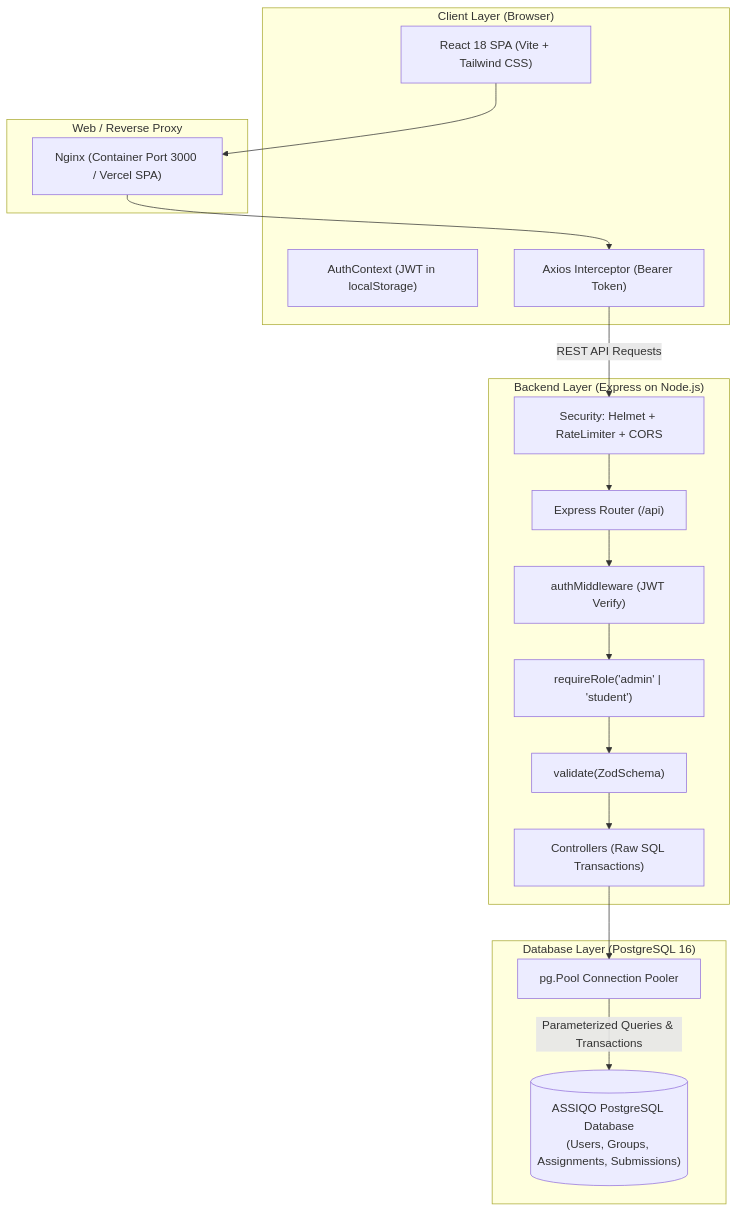
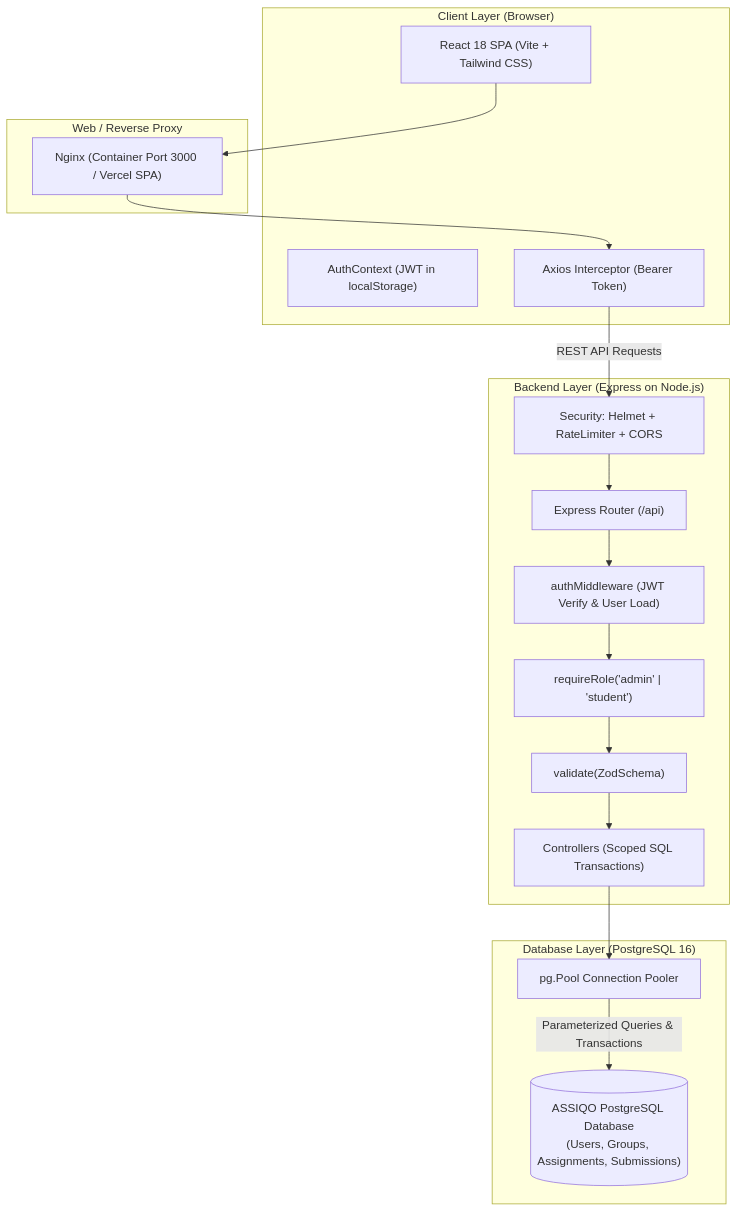
One commit to nakhileship/ASSIQO changed the first of 2 diagrams in README.md. Above: the diagram before and after it, drawn with Mermaid. The commit also changed other lines of this file, not shown here.

````diff
--- a/README.md
+++ b/README.md
@@ -94,37 +108,37 @@
 ```mermaid
 flowchart TD
     subgraph Client ["Client Layer (Browser)"]
         UI["React 18 SPA (Vite + Tailwind CSS)"]
         AuthCtx["AuthContext (JWT in localStorage)"]
         AxiosInt["Axios Interceptor (Bearer Token)"]
     end
 
     subgraph ReverseProxy ["Web / Reverse Proxy"]
         Nginx["Nginx (Container Port 3000 / Vercel SPA)"]
     end
 
     subgraph BackendAPI ["Backend Layer (Express on Node.js)"]
         SecMiddleware["Security: Helmet + RateLimiter + CORS"]
         Router["Express Router (/api)"]
-        AuthMiddleware["authMiddleware (JWT Verify)"]
+        AuthMiddleware["authMiddleware (JWT Verify & User Load)"]
         RoleMiddleware["requireRole('admin' | 'student')"]
         ZodValidator["validate(ZodSchema)"]
-        Controllers["Controllers (Raw SQL Transactions)"]
+        Controllers["Controllers (Scoped SQL Transactions)"]
     end
 
     subgraph DataStore ["Database Layer (PostgreSQL 16)"]
         Pool["pg.Pool Connection Pooler"]
         PostgresDB[("ASSIQO PostgreSQL Database\n(Users, Groups, Assignments, Submissions)")]
     end
 
     UI --> Nginx
     Nginx --> AxiosInt
     AxiosInt -->|REST API Requests| SecMiddleware
     SecMiddleware --> Router
     Router --> AuthMiddleware
     AuthMiddleware --> RoleMiddleware
     RoleMiddleware --> ZodValidator
     ZodValidator --> Controllers
     Controllers --> Pool
     Pool -->|Parameterized Queries & Transactions| PostgresDB
 ```
````
